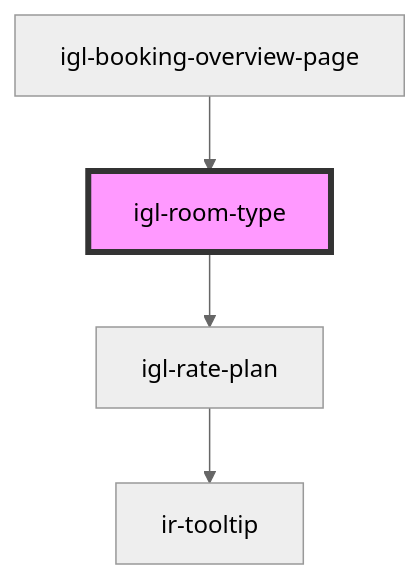
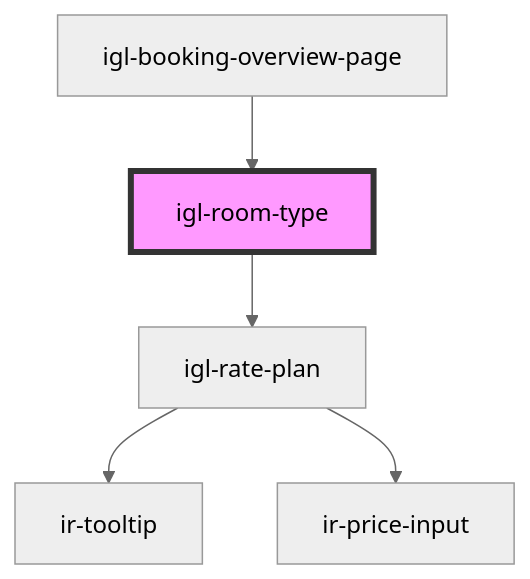
The diagram in src/components/igloo-calendar/igl-book-property/igl-booking-overview-page/igl-room-type/readme.md (David1Chowaifaty/modified-ir-webcmp), drawn with Mermaid (neutral theme) before and after one commit. The commit also changed 33 other files, not shown here.

````diff
--- a/src/components/igloo-calendar/igl-book-property/igl-booking-overview-page/igl-room-type/readme.md
+++ b/src/components/igloo-calendar/igl-book-property/igl-booking-overview-page/igl-room-type/readme.md
@@ -40,7 +40,8 @@
 ```mermaid
 graph TD;
   igl-room-type --> igl-rate-plan
   igl-rate-plan --> ir-tooltip
+  igl-rate-plan --> ir-price-input
   igl-booking-overview-page --> igl-room-type
   style igl-room-type fill:#f9f,stroke:#333,stroke-width:4px
 ```
````
